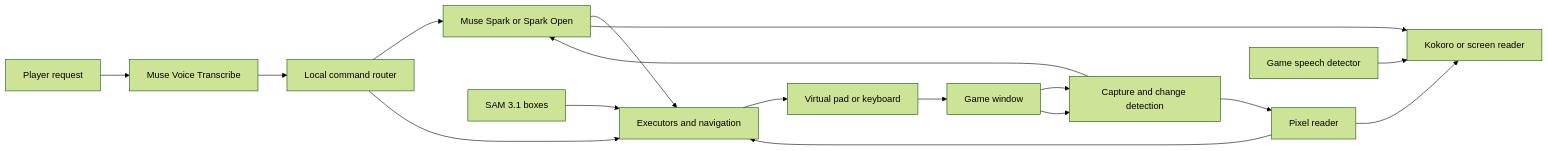
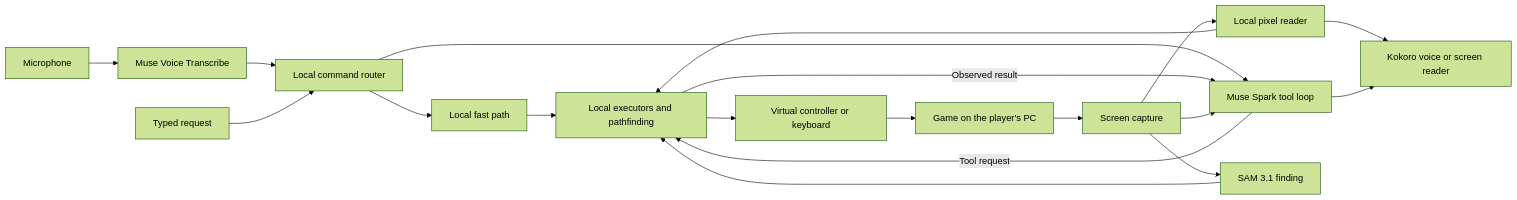
One commit to btsouth/player-two changed the diagram in README.md. Above: the diagram before and after it, drawn with Mermaid (forest theme). The commit also changed other lines of this file and 5 other files, not shown here.

Commit message:
Show the architecture and separate film claims from measurements

````diff
--- a/README.md
+++ b/README.md
@@ -137,19 +18,21 @@
 ```mermaid
 flowchart LR
-    player[Player request] --> stt[Muse Voice Transcribe]
-    stt --> route[Local command router]
-    route --> spark[Muse Spark or Spark Open]
-    game[Game window] --> capture[Capture and change detection]
-    capture --> reader[Pixel reader]
-    capture --> spark
-    spark --> tools[Executors and navigation]
-    route --> tools
-    sam[SAM 3.1 boxes] --> tools
-    reader --> tools
-    tools --> pad[Virtual pad or keyboard]
-    pad --> game
-    game --> capture
-    reader --> speech[Kokoro or screen reader]
-    spark --> speech
-    audio[Game speech detector] --> speech
+    mic[Microphone] --> stt[Muse Voice Transcribe]
+    stt --> router[Local command router]
+    typed[Typed request] --> router
+    router --> fast[Local fast path]
+    router --> muse[Muse Spark tool loop]
+    fast --> exec[Local executors and pathfinding]
+    muse -->|Tool request| exec
+    exec -->|Observed result| muse
+    exec --> input[Virtual controller or keyboard]
+    input --> game[Game on the player's PC]
+    game --> capture[Screen capture]
+    capture --> reader[Local pixel reader]
+    capture --> muse
+    capture --> sam[SAM 3.1 finding]
+    sam --> exec
+    reader --> exec
+    reader --> voice[Kokoro voice or screen reader]
+    muse --> voice
 ```
````
